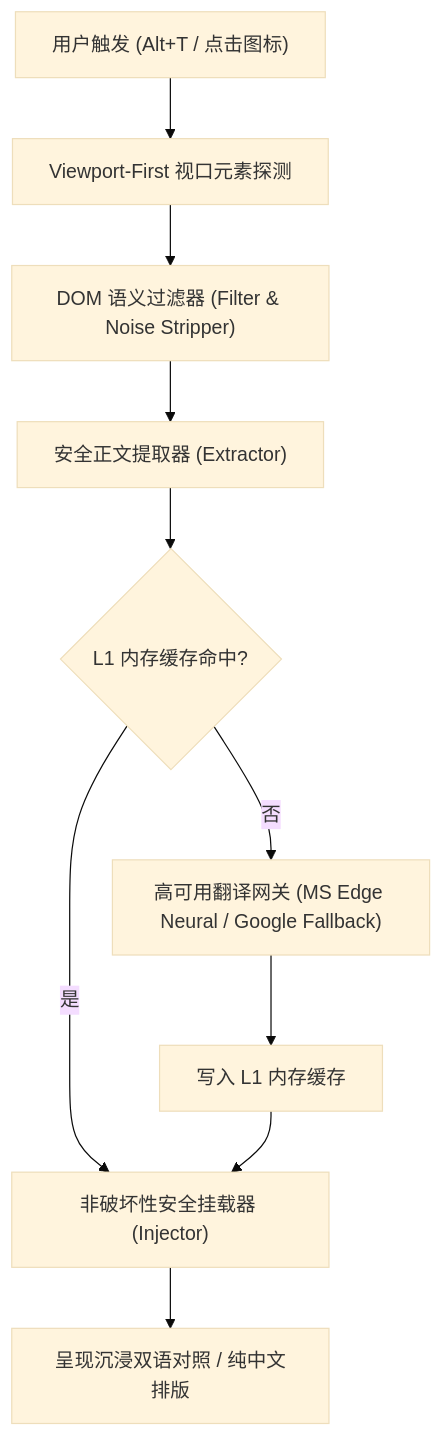
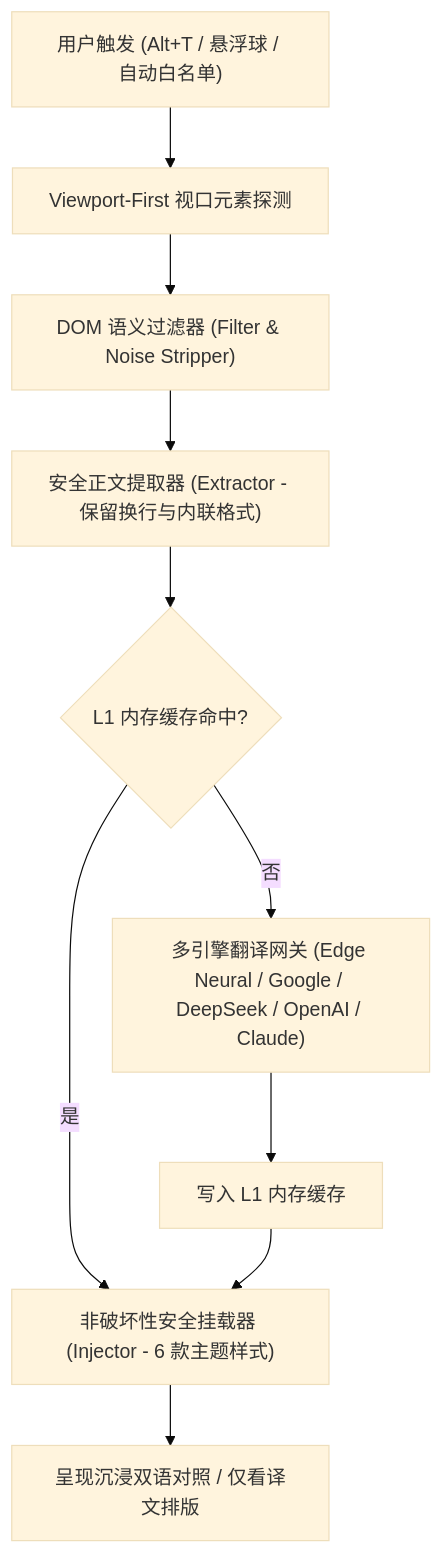
The diagram in README.md (stwbos/translate-king), drawn with Mermaid (base theme) before and after one commit. The commit also changed other lines of this file and 30 other files, not shown here.

````diff
--- a/README.md
+++ b/README.md
@@ -87,12 +86,12 @@
 ```mermaid
 flowchart TD
-    A["用户触发 (Alt+T / 点击图标)"] --> B["Viewport-First 视口元素探测"]
+    A["用户触发 (Alt+T / 悬浮球 / 自动白名单)"] --> B["Viewport-First 视口元素探测"]
     B --> C["DOM 语义过滤器 (Filter & Noise Stripper)"]
-    C --> D["安全正文提取器 (Extractor)"]
+    C --> D["安全正文提取器 (Extractor - 保留换行与内联格式)"]
     D --> E{"L1 内存缓存命中?"}
-    E -- 是 --> G["非破坏性安全挂载器 (Injector)"]
-    E -- 否 --> F["高可用翻译网关 (MS Edge Neural / Google Fallback)"]
+    E -- 是 --> G["非破坏性安全挂载器 (Injector - 6 款主题样式)"]
+    E -- 否 --> F["多引擎翻译网关 (Edge Neural / Google / DeepSeek / OpenAI / Claude)"]
     F --> H["写入 L1 内存缓存"]
     H --> G
-    G --> I["呈现沉浸双语对照 / 纯中文排版"]
+    G --> I["呈现沉浸双语对照 / 仅看译文排版"]
 ```
````
